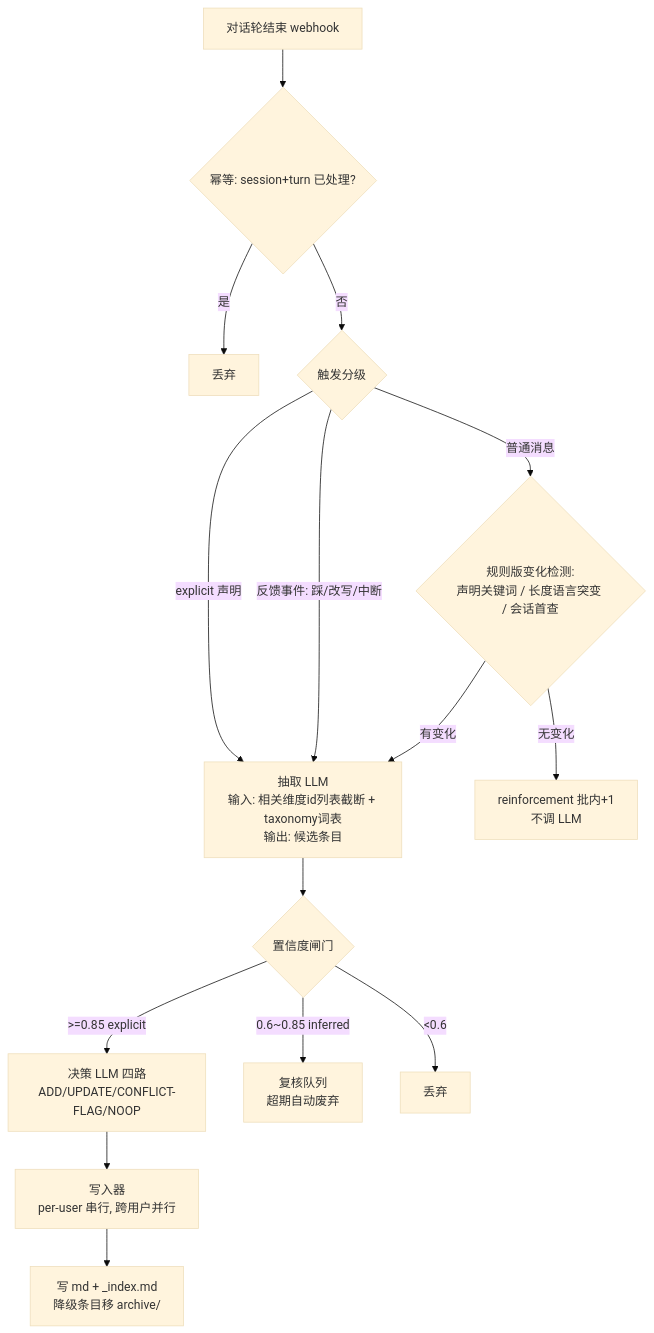
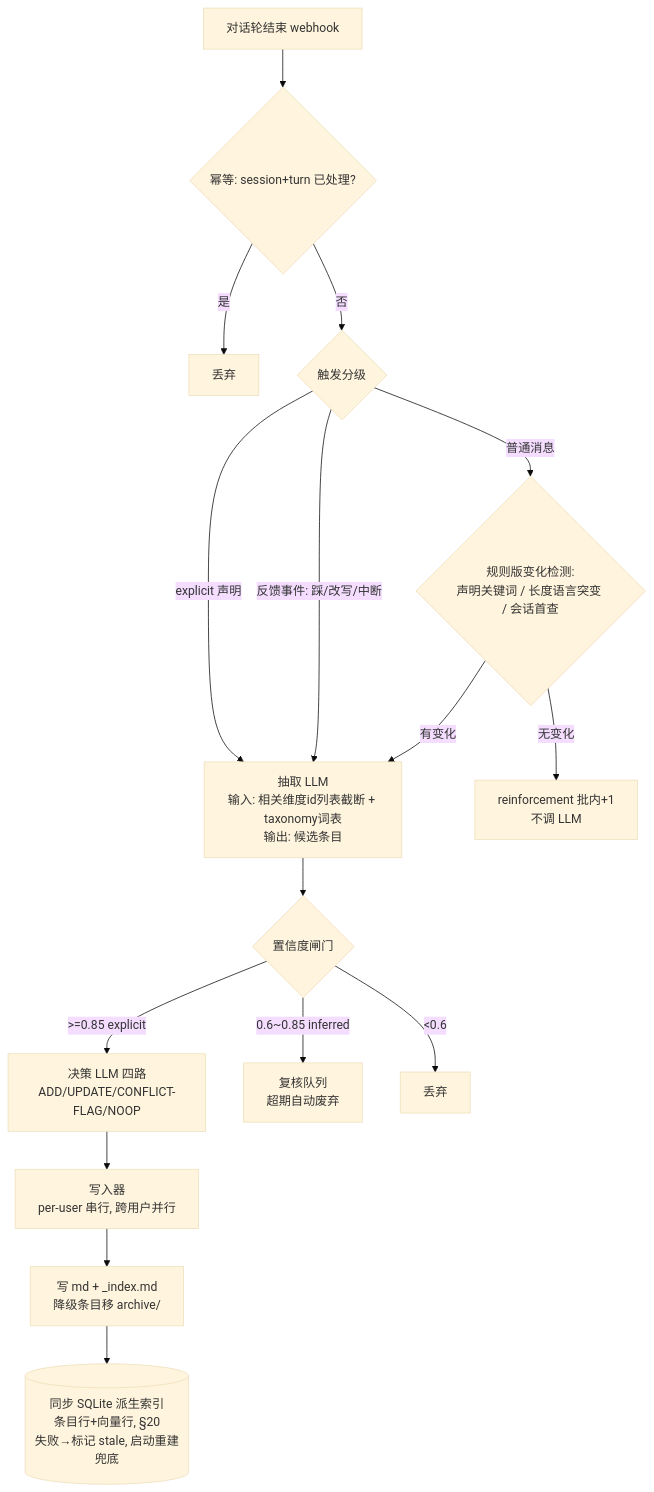
The second of 3 diagrams in docs/superpowers/specs/2026-11-23-user-profile-memory-design.md (helyho/pismor), drawn with Mermaid (base theme) before and after one commit. The commit also changed other lines of this file, not shown here.

Commit message:
docs: 清理过时表述，对齐 SQLite 索引层与嵌入开关（管线图/装配图/降级链/语义）

````diff
--- a/docs/superpowers/specs/2026-11-23-user-profile-memory-design.md
+++ b/docs/superpowers/specs/2026-11-23-user-profile-memory-design.md
@@ -284,17 +286,18 @@
 ```mermaid
 flowchart TD
     A[对话轮结束 webhook] --> B{幂等: session+turn 已处理?}
     B -->|是| Z[丢弃]
     B -->|否| C{触发分级}
     C -->|explicit 声明| E
     C -->|反馈事件: 踩/改写/中断| E
     C -->|普通消息| D{规则版变化检测:<br/>声明关键词 / 长度语言突变 / 会话首查}
     D -->|无变化| F[reinforcement 批内+1<br/>不调 LLM]
     D -->|有变化| E[抽取 LLM<br/>输入: 相关维度id列表截断 + taxonomy词表<br/>输出: 候选条目]
     E --> G{置信度闸门}
     G -->|>=0.85 explicit| H[决策]
     G -->|0.6~0.85 inferred| R[复核队列<br/>超期自动废弃]
     G -->|<0.6| X[丢弃]
     H[决策 LLM 四路<br/>ADD/UPDATE/CONFLICT-FLAG/NOOP] --> I[写入器<br/>per-user 串行, 跨用户并行]
     I --> J[写 md + _index.md<br/>降级条目移 archive/]
+    J --> K[(同步 SQLite 派生索引<br/>条目行+向量行, §20<br/>失败→标记 stale, 启动重建兜底)]
 ```
````
